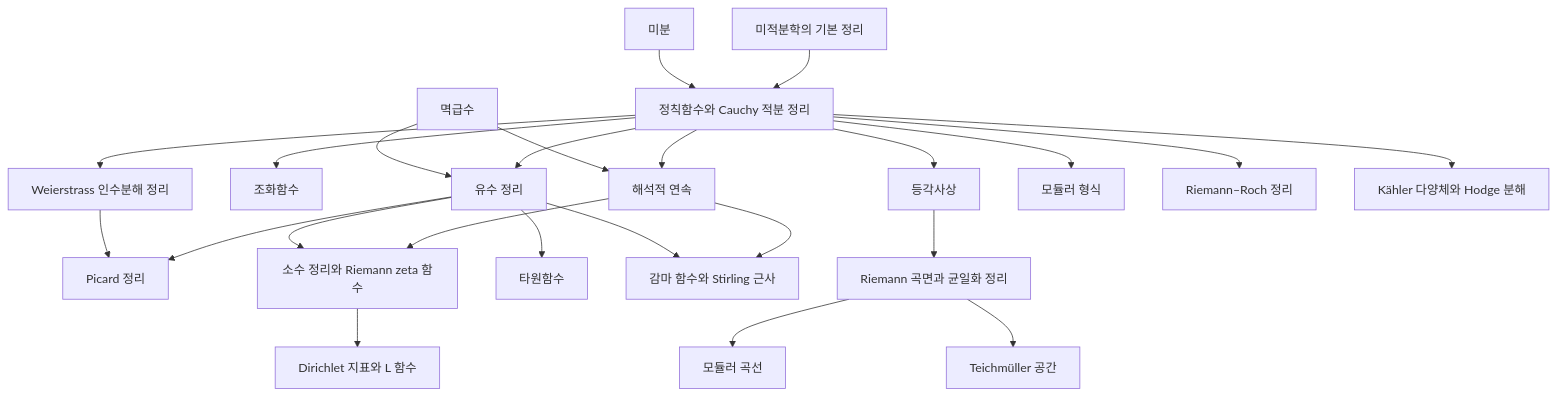
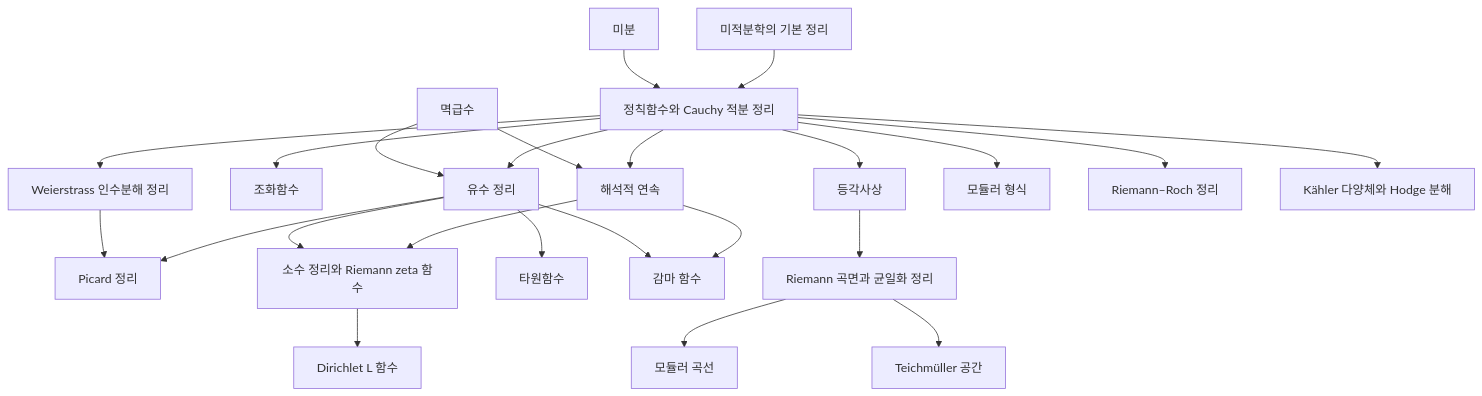
The diagram in docs/complex-analysis-overview.md (Phryxia/math-map), drawn with Mermaid before and after one commit. The commit also changed other lines of this file and 59 other files, not shown here.

````diff
--- a/docs/complex-analysis-overview.md
+++ b/docs/complex-analysis-overview.md
@@ -13,26 +13,26 @@
 ```mermaid
 graph TD
   DV["미분"] --> HF["정칙함수와 Cauchy 적분 정리"]
   FC["미적분학의 기본 정리"] --> HF
   PS["멱급수"] --> RT["유수 정리"]
   HF --> RT
   HF --> HM["조화함수"]
   PS --> AC["해석적 연속"]
   HF --> AC
   HF --> CM["등각사상"]
   HF --> WF["Weierstrass 인수분해 정리"]
   WF --> PC["Picard 정리"]
   RT --> PC
   CM --> RS["Riemann 곡면과 균일화 정리"]
   RS --> MC["모듈러 곡선"]
   RS --> TS["Teichmüller 공간"]
   RT --> EF["타원함수"]
-  RT --> GF["감마 함수와 Stirling 근사"]
+  RT --> GF["감마 함수"]
   AC --> GF
   RT --> PNT["소수 정리와 Riemann zeta 함수"]
   AC --> PNT
-  PNT --> DL["Dirichlet 지표와 L 함수"]
+  PNT --> DL["Dirichlet L 함수"]
   HF --> MF["모듈러 형식"]
   HF --> RR["Riemann–Roch 정리"]
   HF --> KM["Kähler 다양체와 Hodge 분해"]
 ```
````
